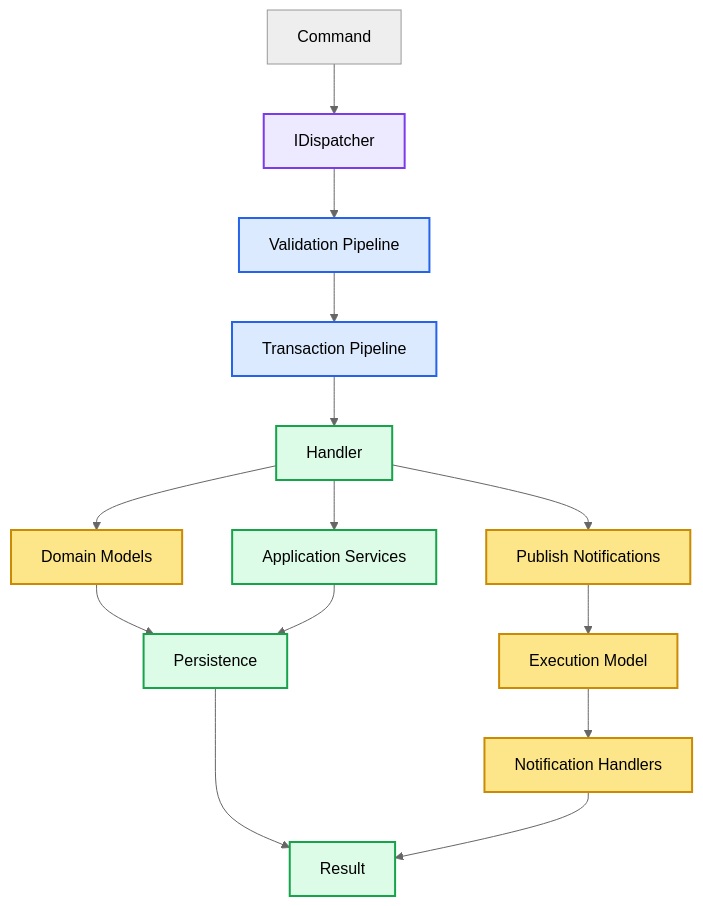
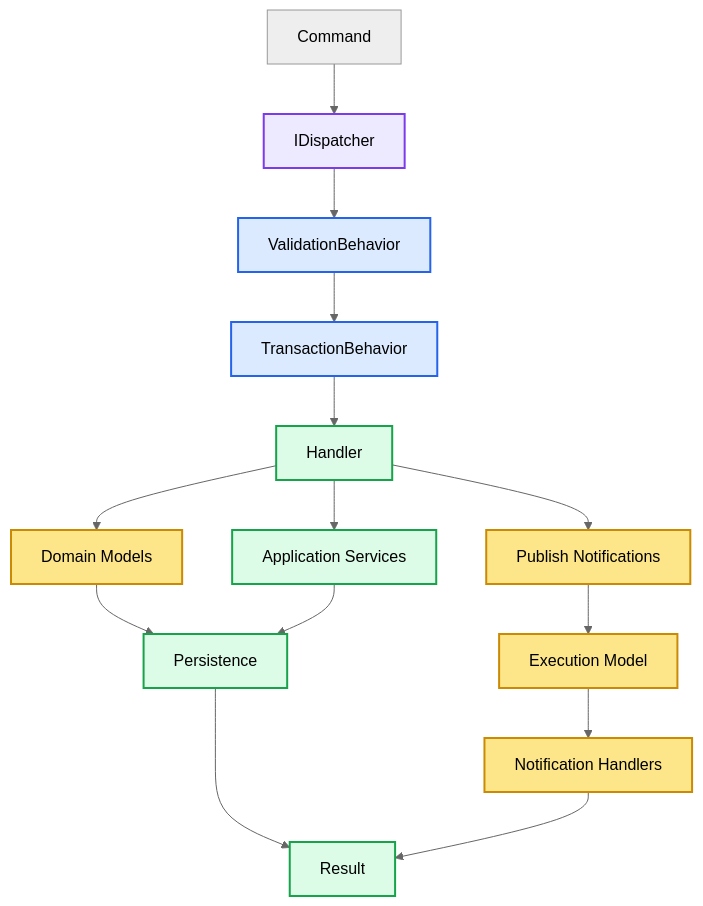
One commit to soufiane-rizk/Jobwize changed the diagram in docs/architecture/11-application-layer-and-use-case.md. Above: the diagram before and after it, drawn with Mermaid (neutral theme). The commit also changed other lines of this file, not shown here.

Commit message:
docs(architecture): document application request pipeline

````diff
--- a/docs/architecture/11-application-layer-and-use-case.md
+++ b/docs/architecture/11-application-layer-and-use-case.md
@@ -49,57 +49,57 @@
 ```mermaid
 flowchart TD
 
     REQUEST["Command"]
 
     DISPATCHER["IDispatcher"]
 
-    VALIDATION["Validation Pipeline"]
+    VALIDATION["ValidationBehavior"]
 
-    TRANSACTION["Transaction Pipeline"]
+    TRANSACTION["TransactionBehavior"]
 
     HANDLER["Handler"]
 
     SERVICES["Application Services"]
 
     DOMAIN["Domain Models"]
 
     PERSISTENCE["Persistence"]
 
     NOTIFICATIONS["Publish Notifications"]
 
     EXECUTION["Execution Model"]
 
     NHANDLERS["Notification Handlers"]
 
     RESULT["Result"]
 
     REQUEST --> DISPATCHER
     DISPATCHER --> VALIDATION
     VALIDATION --> TRANSACTION
     TRANSACTION --> HANDLER
 
     HANDLER --> DOMAIN
     HANDLER --> SERVICES
 
     DOMAIN --> PERSISTENCE
     SERVICES --> PERSISTENCE
 
     HANDLER --> NOTIFICATIONS
     NOTIFICATIONS --> EXECUTION
     EXECUTION --> NHANDLERS
 
     PERSISTENCE --> RESULT
     NHANDLERS --> RESULT
 
     classDef dispatcher fill:#ede9fe,stroke:#7c3aed,color:#000,stroke-width:2px;
     classDef pipeline fill:#dbeafe,stroke:#2563eb,color:#000,stroke-width:2px;
     classDef application fill:#dcfce7,stroke:#16a34a,color:#000,stroke-width:2px;
     classDef domain fill:#fde68a,stroke:#ca8a04,color:#000,stroke-width:2px;
     classDef runtime fill:#fde68a,stroke:#ca8a04,color:#000,stroke-width:2px;
 
     class DISPATCHER dispatcher;
     class VALIDATION,TRANSACTION pipeline;
     class HANDLER,SERVICES,PERSISTENCE,RESULT application;
     class DOMAIN domain;
     class NOTIFICATIONS,EXECUTION,NHANDLERS runtime;
 ```
````
